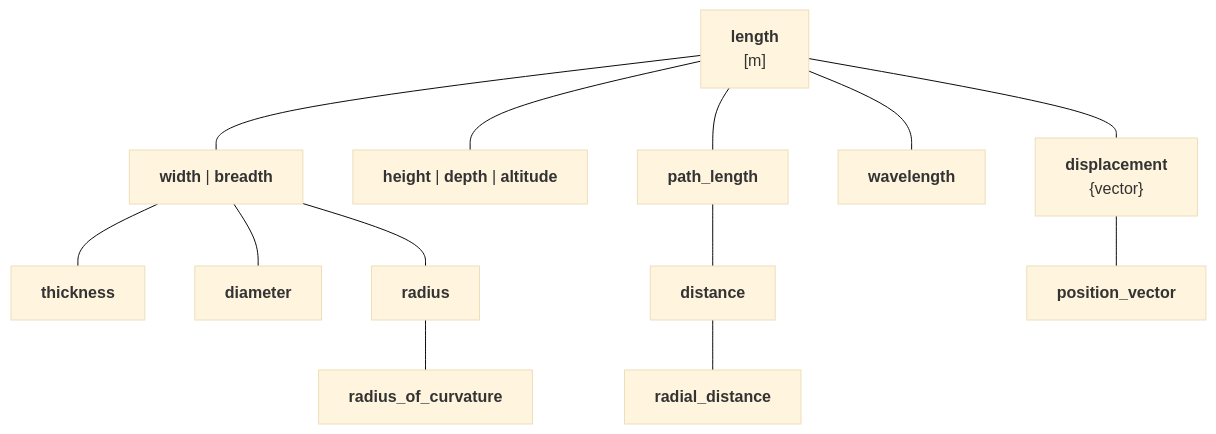
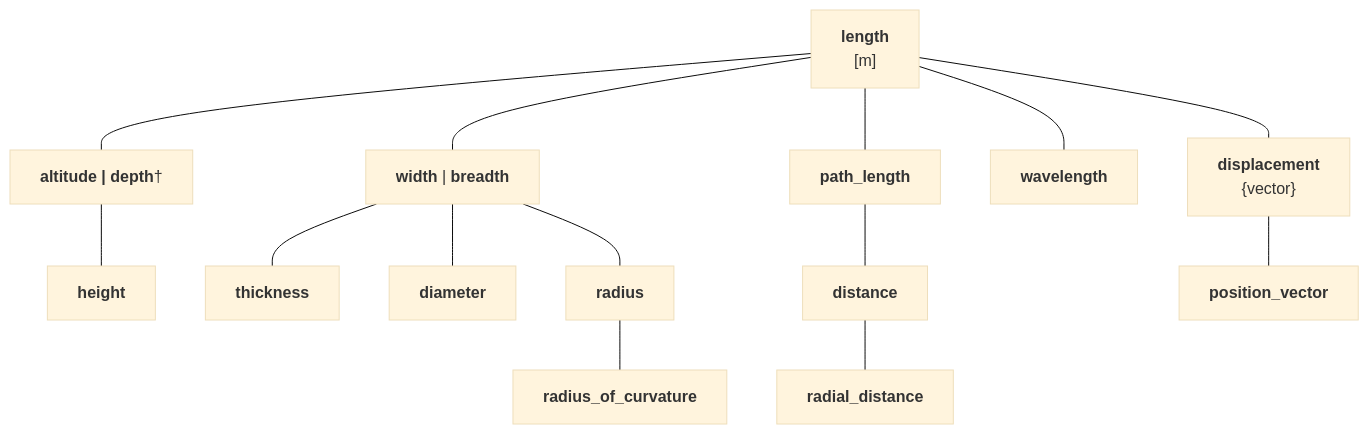
Before and after one commit to RalphSteinhagen/units: the first of 2 diagrams in docs/users_guide/framework_basics/systems_of_quantities.md, drawn with Mermaid (base theme). The commit also changed other lines of this file and 45 other files, not shown here.

````diff
--- a/docs/users_guide/framework_basics/systems_of_quantities.md
+++ b/docs/users_guide/framework_basics/systems_of_quantities.md
@@ -91,16 +91,17 @@
 ```mermaid
 flowchart TD
     length["<b>length</b><br>[m]"]
     length --- width["<b>width</b> | <b>breadth</b>"]
-    length --- height["<b>height</b> | <b>depth</b> | <b>altitude</b>"]
+    length --- altitude["<b>altitude | <b>depth</b></b>†"]
+    altitude --- height["<b>height</b>"]
     width --- thickness["<b>thickness</b>"]
     width --- diameter["<b>diameter</b>"]
     width --- radius["<b>radius</b>"]
     length --- path_length["<b>path_length</b>"]
     path_length --- distance["<b>distance</b>"]
     distance --- radial_distance["<b>radial_distance</b>"]
     length --- wavelength["<b>wavelength</b>"]
     length --- displacement["<b>displacement</b><br>{vector}"]
     displacement --- position_vector["<b>position_vector</b>"]
     radius --- radius_of_curvature["<b>radius_of_curvature</b>"]
 ```
````
